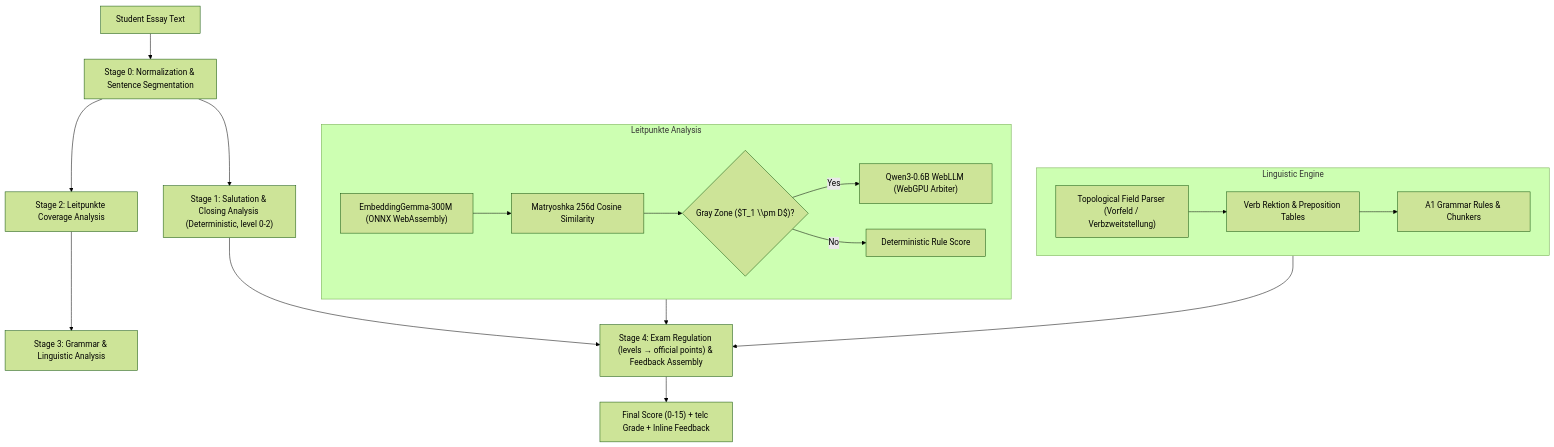
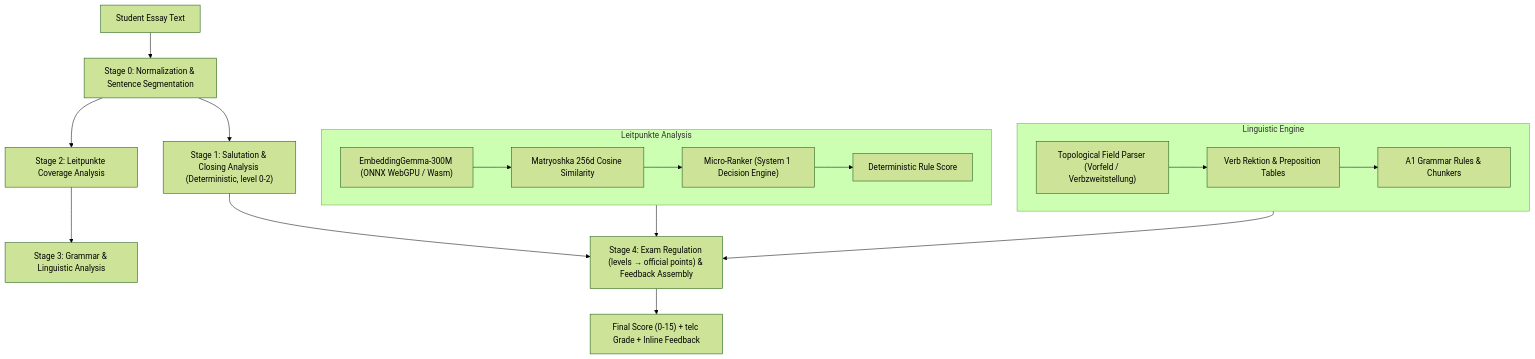
The fourth of 5 diagrams in ARCHITECTURE.md (soldrag/telcA1), drawn with Mermaid (forest theme) before and after one commit. The commit also changed other lines of this file and 23 other files, not shown here.

Commit message:
perf(optimization): eliminate idle CPU timer churn, isolate worker memory, purge WebLLM, enable wasm brotli and lazy screens (v0.7.23)

````diff
--- a/ARCHITECTURE.md
+++ b/ARCHITECTURE.md
@@ -154,27 +154,25 @@
 ```mermaid
 flowchart TD
     Input["Student Essay Text"] --> S0["Stage 0: Normalization & Sentence Segmentation"]
     S0 --> S1["Stage 1: Salutation & Closing Analysis (Deterministic, level 0-2)"]
     
     S0 --> S2["Stage 2: Leitpunkte Coverage Analysis"]
     subgraph S2_Details["Leitpunkte Analysis"]
-        Embed["EmbeddingGemma-300M (ONNX WebAssembly)"]
+        Embed["EmbeddingGemma-300M (ONNX WebGPU / Wasm)"]
         Cos["Matryoshka 256d Cosine Similarity"]
-        Arbiter{"Gray Zone ($T_1 \\pm D$)?"}
-        Qwen["Qwen3-0.6B WebLLM (WebGPU Arbiter)"]
-        Embed --> Cos --> Arbiter
-        Arbiter -->|Yes| Qwen
-        Arbiter -->|No| CodeScore["Deterministic Rule Score"]
+        Ranker["Micro-Ranker (System 1 Decision Engine)"]
+        Embed --> Cos --> Ranker
+        Ranker --> CodeScore["Deterministic Rule Score"]
     end
     
     S2 --> S3["Stage 3: Grammar & Linguistic Analysis"]
     subgraph S3_Details["Linguistic Engine"]
         Topo["Topological Field Parser (Vorfeld / Verbzweitstellung)"]
         Valency["Verb Rektion & Preposition Tables"]
         Grammar["A1 Grammar Rules & Chunkers"]
         Topo --> Valency --> Grammar
     end
     
     S1 & S2_Details & S3_Details --> S4["Stage 4: Exam Regulation (levels → official points) & Feedback Assembly"]
     S4 --> Output["Final Score (0-15) + telc Grade + Inline Feedback"]
 ```
````
